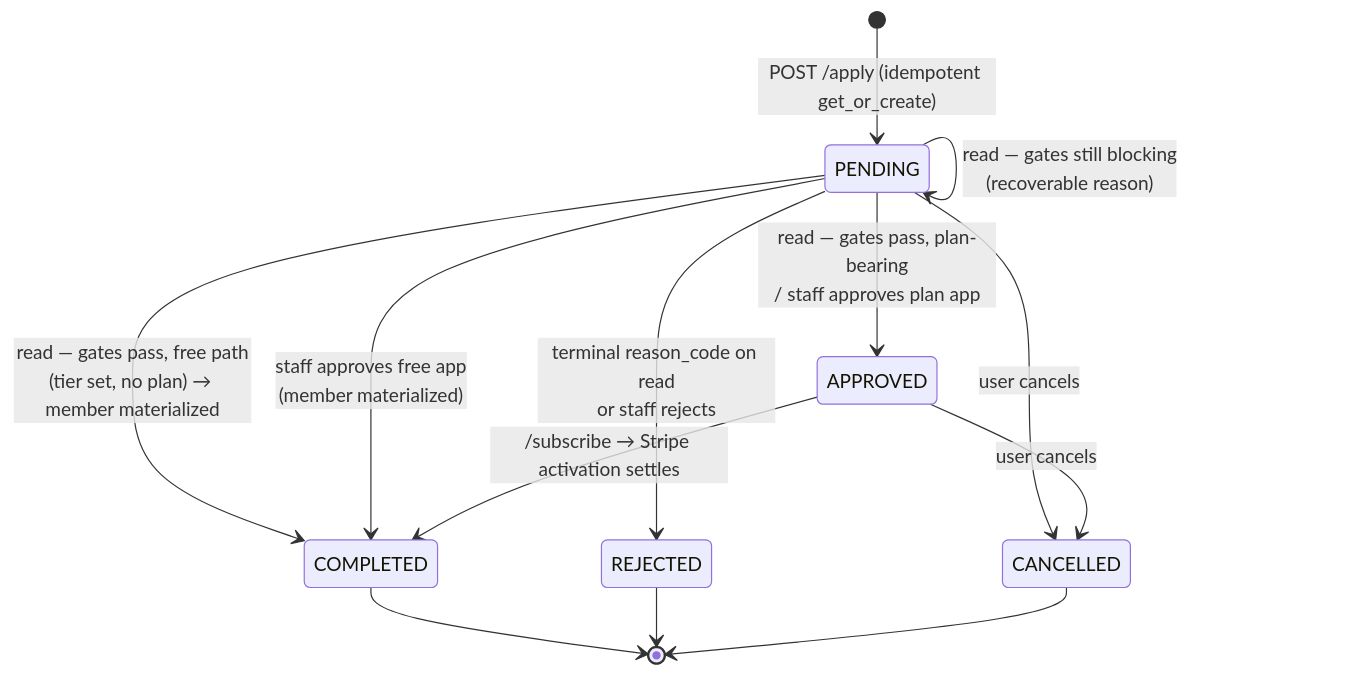
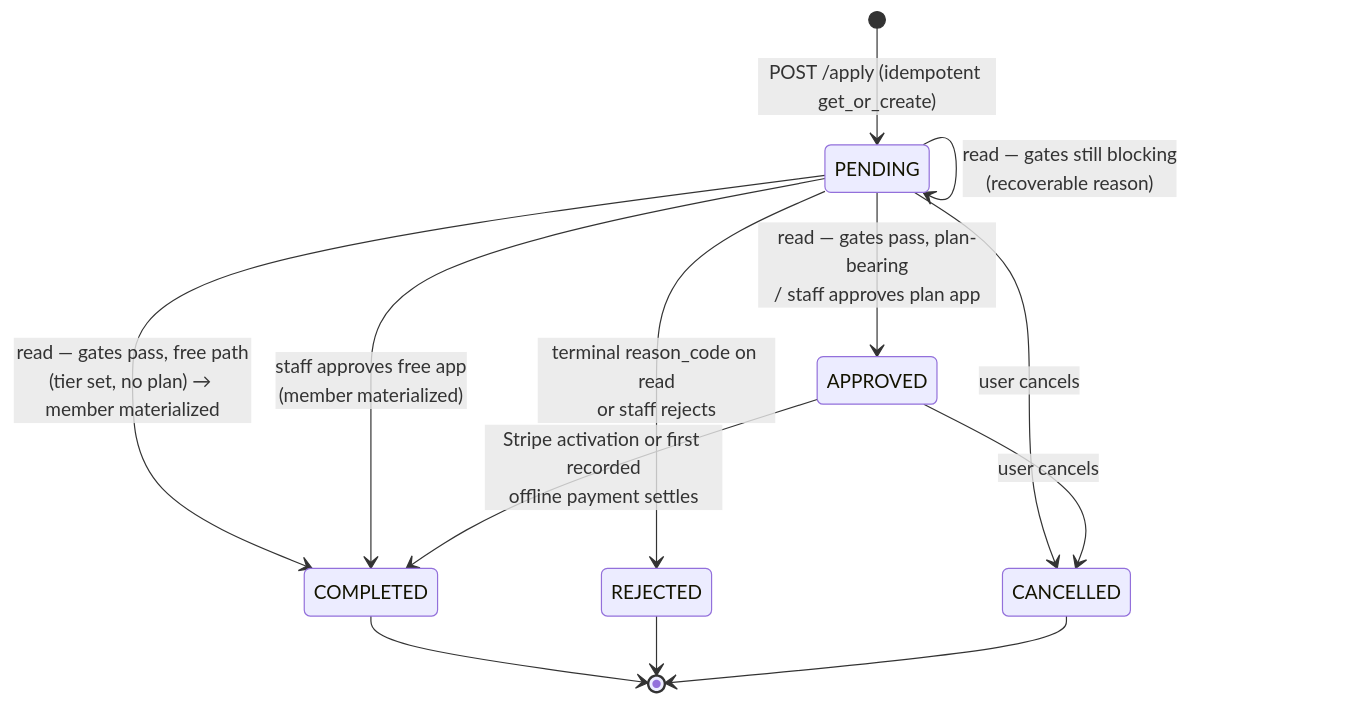
Before and after one commit to letsrevel/revel-backend: the second of 3 diagrams in docs/architecture/membership-eligibility.md, drawn with Mermaid. The commit also changed other lines of this file and 58 other files, not shown here.

````diff
--- a/docs/architecture/membership-eligibility.md
+++ b/docs/architecture/membership-eligibility.md
@@ -338,17 +348,17 @@
 ```mermaid
 stateDiagram-v2
     [*] --> PENDING: POST /apply (idempotent get_or_create)
 
     PENDING --> PENDING: read — gates still blocking<br/>(recoverable reason)
     PENDING --> COMPLETED: read — gates pass, free path<br/>(tier set, no plan) → member materialized
     PENDING --> APPROVED: read — gates pass, plan-bearing<br/>/ staff approves plan app
     PENDING --> COMPLETED: staff approves free app<br/>(member materialized)
     PENDING --> REJECTED: terminal reason_code on read<br/>or staff rejects
     PENDING --> CANCELLED: user cancels
     APPROVED --> CANCELLED: user cancels
-    APPROVED --> COMPLETED: /subscribe → Stripe activation settles
+    APPROVED --> COMPLETED: Stripe activation or first recorded<br/>offline payment settles
 
     COMPLETED --> [*]
     REJECTED --> [*]
     CANCELLED --> [*]
 ```
````
